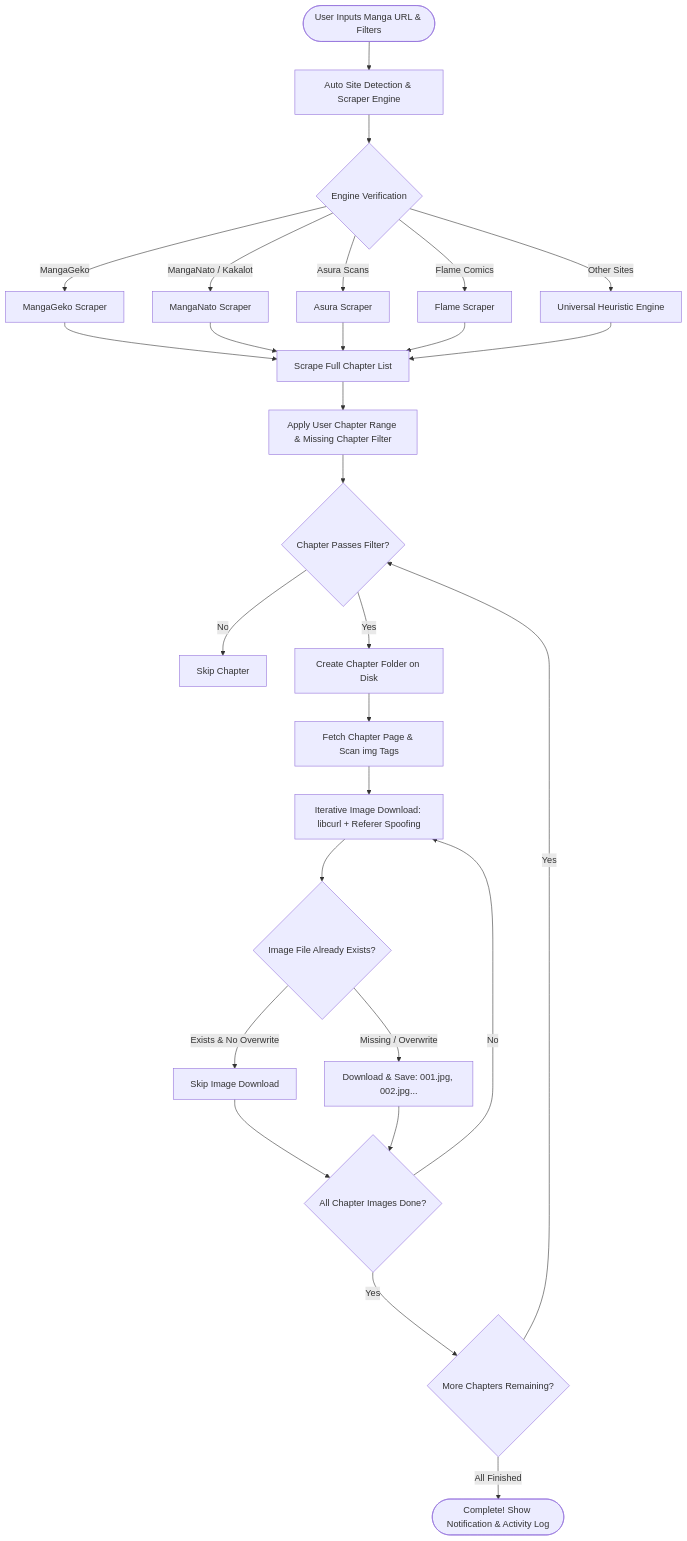
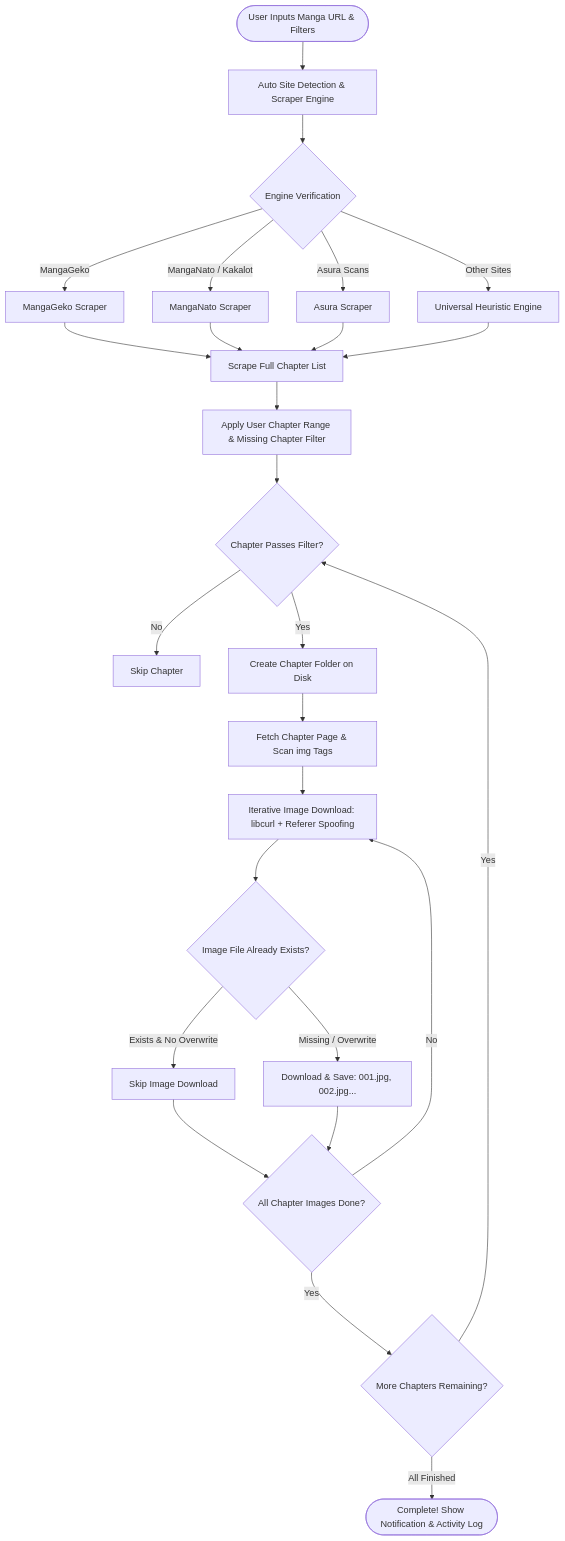
The diagram in README.md (gcmaniac/manga_downloader), drawn with Mermaid before and after one commit. The commit also changed other lines of this file and 6 other files, not shown here.

````diff
--- a/README.md
+++ b/README.md
@@ -66,28 +66,27 @@
 ```mermaid
 flowchart TD
     A([User Inputs Manga URL & Filters]) --> B[Auto Site Detection & Scraper Engine]
     B --> C{Engine Verification}
     C -->|MangaGeko| D1[MangaGeko Scraper]
     C -->|MangaNato / Kakalot| D2[MangaNato Scraper]
     C -->|Asura Scans| D3[Asura Scraper]
-    C -->|Flame Comics| D4[Flame Scraper]
-    C -->|Other Sites| D5[Universal Heuristic Engine]
+    C -->|Other Sites| D4[Universal Heuristic Engine]
     
-    D1 & D2 & D3 & D4 & D5 --> E[Scrape Full Chapter List]
+    D1 & D2 & D3 & D4 --> E[Scrape Full Chapter List]
     E --> F[Apply User Chapter Range & Missing Chapter Filter]
     F --> G{Chapter Passes Filter?}
     G -- No --> H[Skip Chapter]
     G -- Yes --> I[Create Chapter Folder on Disk]
     
     I --> J[Fetch Chapter Page & Scan img Tags]
     J --> K[Iterative Image Download: libcurl + Referer Spoofing]
     K --> L{Image File Already Exists?}
     L -- Exists & No Overwrite --> M[Skip Image Download]
     L -- Missing / Overwrite --> N[Download & Save: 001.jpg, 002.jpg...]
     
     M & N --> O{All Chapter Images Done?}
     O -- No --> K
     O -- Yes --> P{More Chapters Remaining?}
     P -- Yes --> G
     P -- All Finished --> Q([Complete! Show Notification & Activity Log])
 ```
````
